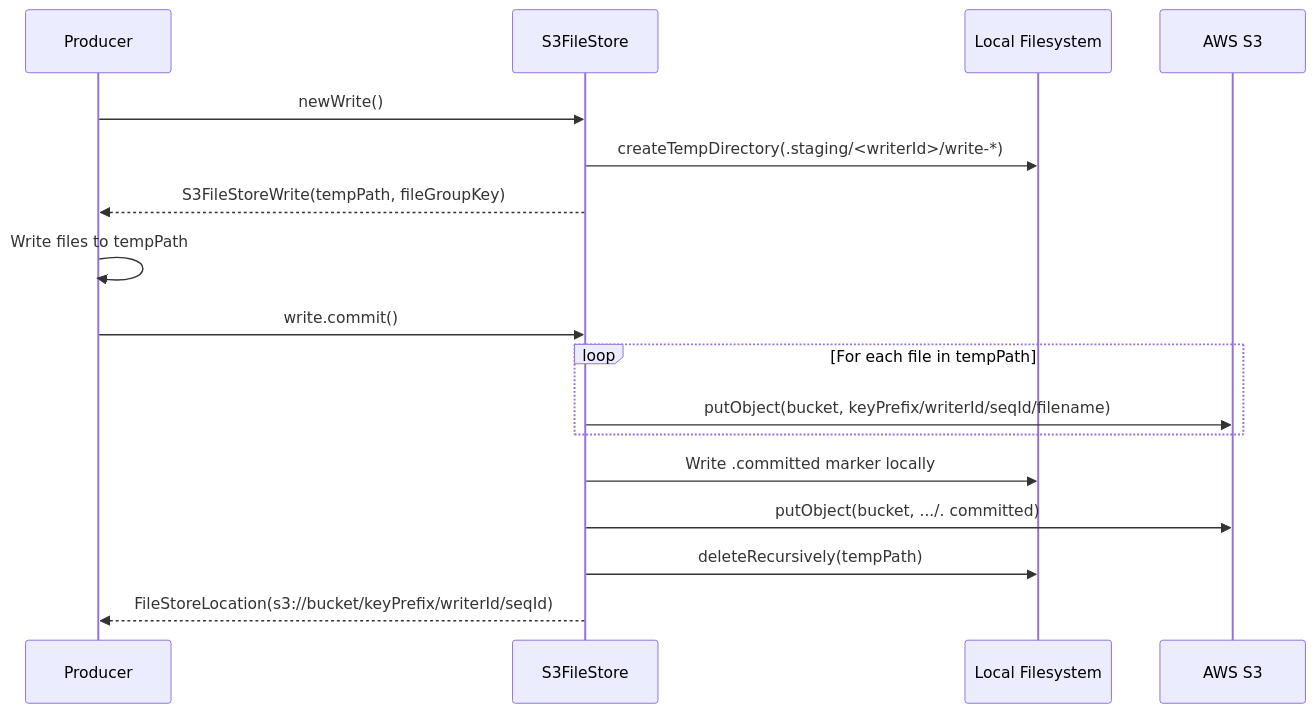
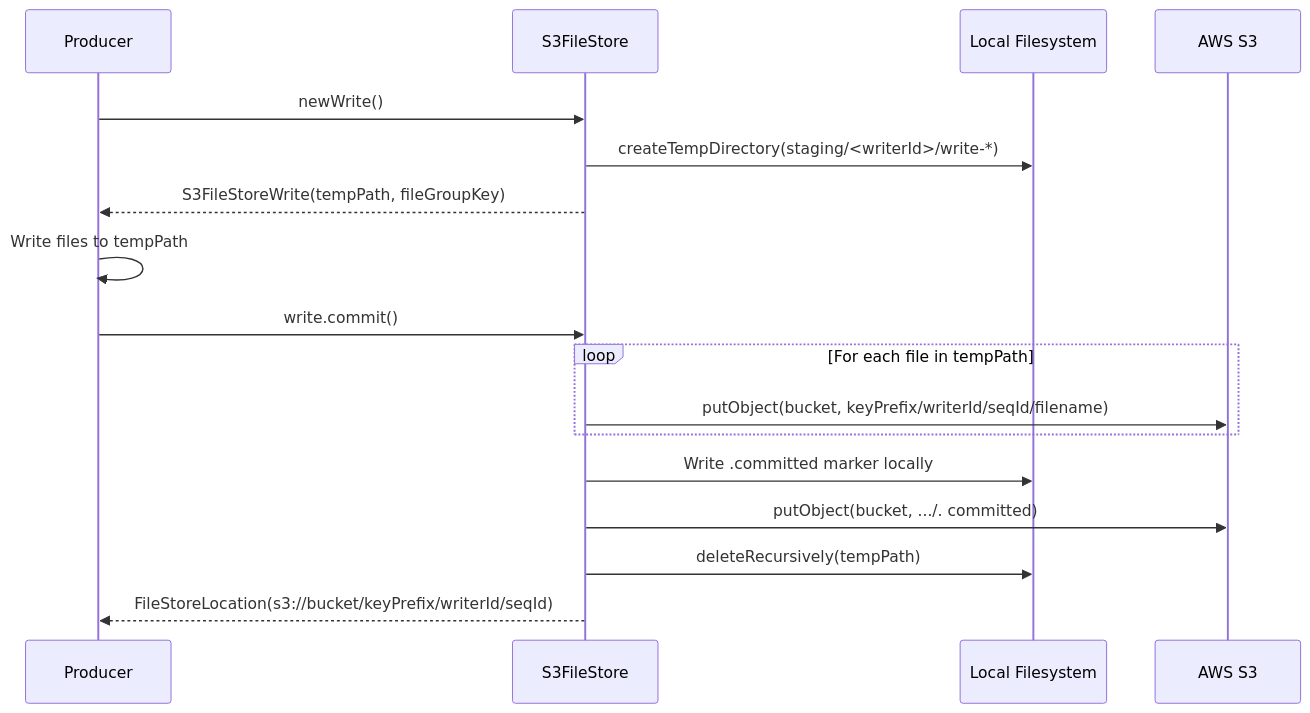
The sixth of 10 diagrams in stroom-proxy/designs/detailed-design-file-stores.md (gchq/stroom), drawn with Mermaid before and after one commit. The commit also changed other lines of this file and 7 other files, not shown here.

````diff
--- a/stroom-proxy/designs/detailed-design-file-stores.md
+++ b/stroom-proxy/designs/detailed-design-file-stores.md
@@ -259,22 +259,22 @@
 ```mermaid
 sequenceDiagram
     participant P as Producer
     participant S3FS as S3FileStore
     participant FS as Local Filesystem
     participant S3 as AWS S3
 
     P->>S3FS: newWrite()
-    S3FS->>FS: createTempDirectory(.staging/<writerId>/write-*)
+    S3FS->>FS: createTempDirectory(staging/<writerId>/write-*)
     S3FS-->>P: S3FileStoreWrite(tempPath, fileGroupKey)
     P->>P: Write files to tempPath
     P->>S3FS: write.commit()
     
     loop For each file in tempPath
         S3FS->>S3: putObject(bucket, keyPrefix/writerId/seqId/filename)
     end
     
     S3FS->>FS: Write .committed marker locally
     S3FS->>S3: putObject(bucket, .../. committed)
     S3FS->>FS: deleteRecursively(tempPath)
     S3FS-->>P: FileStoreLocation(s3://bucket/keyPrefix/writerId/seqId)
 ```
````
